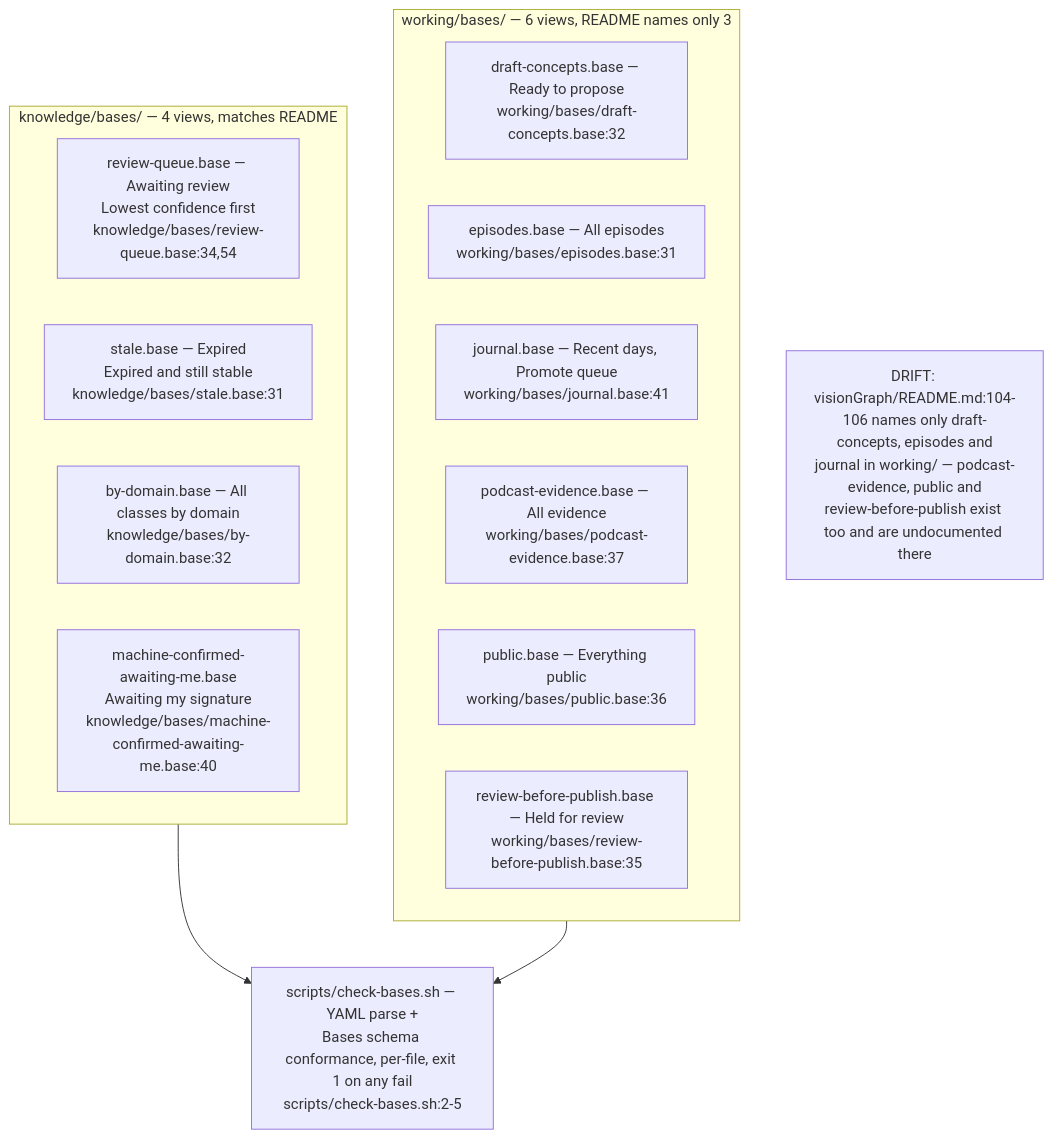
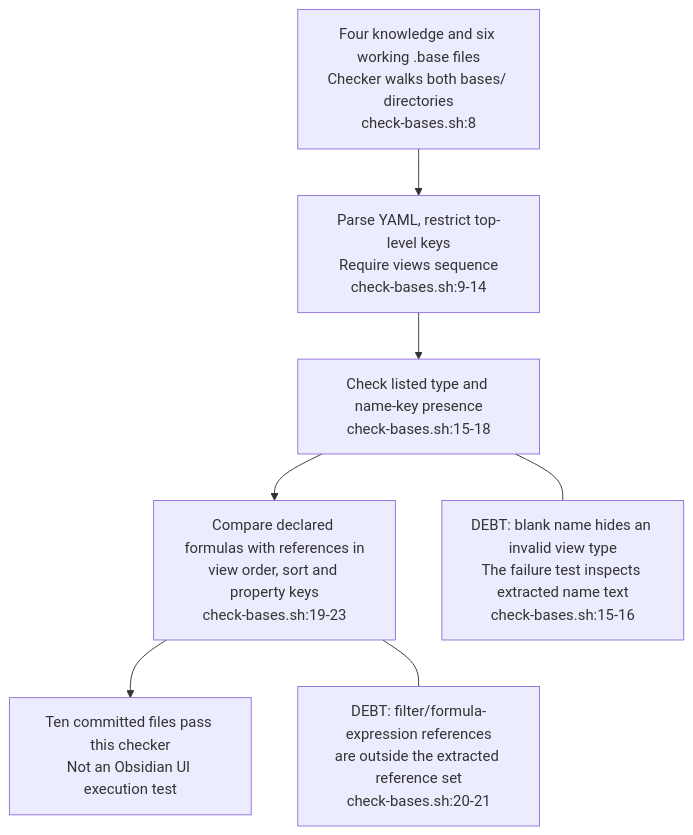
One commit to DreamLab-AI/VisionFlow changed the fifth of 6 diagrams in docs/diagrams/visiongraph/01-vault-structure-and-contract.md. Above: the diagram before and after it, drawn with Mermaid. The commit also changed other lines of this file and 16 other files, not shown here.

Commit message:
docs: audit visionGraph vault and domain gate contracts

````diff
--- a/docs/diagrams/visiongraph/01-vault-structure-and-contract.md
+++ b/docs/diagrams/visiongraph/01-vault-structure-and-contract.md
@@ -140,21 +112,13 @@
 ```mermaid
 flowchart TB
-    subgraph KB["knowledge/bases/ — 4 views, matches README"]
-        RQ["review-queue.base — Awaiting review<br/>Lowest confidence first<br/>knowledge/bases/review-queue.base:34,54"]
-        ST["stale.base — Expired<br/>Expired and still stable<br/>knowledge/bases/stale.base:31"]
-        BD["by-domain.base — All classes by domain<br/>knowledge/bases/by-domain.base:32"]
-        MC["machine-confirmed-awaiting-me.base<br/>Awaiting my signature<br/>knowledge/bases/machine-confirmed-awaiting-me.base:40"]
-    end
-    subgraph WB["working/bases/ — 6 views, README names only 3"]
-        DC["draft-concepts.base — Ready to propose<br/>working/bases/draft-concepts.base:32"]
-        EP["episodes.base — All episodes<br/>working/bases/episodes.base:31"]
-        JR["journal.base — Recent days, Promote queue<br/>working/bases/journal.base:41"]
-        PE["podcast-evidence.base — All evidence<br/>working/bases/podcast-evidence.base:37"]
-        PB["public.base — Everything public<br/>working/bases/public.base:36"]
-        RB["review-before-publish.base — Held for review<br/>working/bases/review-before-publish.base:35"]
-    end
-    CHK["scripts/check-bases.sh — YAML parse +<br/>Bases schema conformance, per-file, exit 1 on any fail<br/>scripts/check-bases.sh:2-5"]
-    KB --> CHK
-    WB --> CHK
-    note1["DRIFT: visionGraph/README.md:104-106 names only draft-concepts, episodes and<br/>journal in working#47; — podcast-evidence, public and<br/>review-before-publish exist too and are undocumented there"]
+    FILES["Four knowledge and six working .base files<br/>Checker walks both bases/ directories<br/>check-bases.sh:8"]
+    YAML["Parse YAML, restrict top-level keys<br/>Require views sequence<br/>check-bases.sh:9-14"]
+    VIEW["Check listed type and name-key presence<br/>check-bases.sh:15-18"]
+    FORM["Compare declared formulas with references in<br/>view order, sort and property keys<br/>check-bases.sh:19-23"]
+    PASS["Ten committed files pass this checker<br/>Not an Obsidian UI execution test"]
+    FILES --> YAML --> VIEW --> FORM --> PASS
+    GAP1["DEBT: blank name hides an invalid view type<br/>The failure test inspects extracted name text<br/>check-bases.sh:15-16"]
+    GAP2["DEBT: filter/formula-expression references<br/>are outside the extracted reference set<br/>check-bases.sh:20-21"]
+    VIEW --- GAP1
+    FORM --- GAP2
 ```
````
